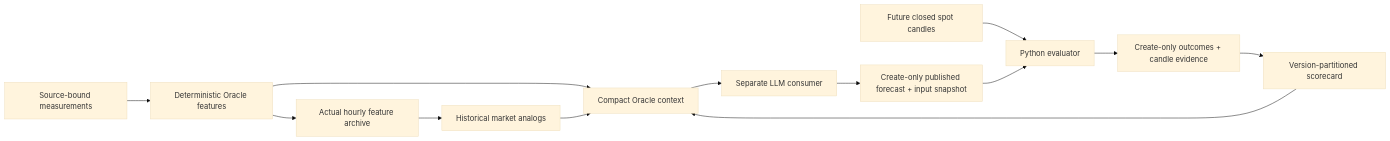
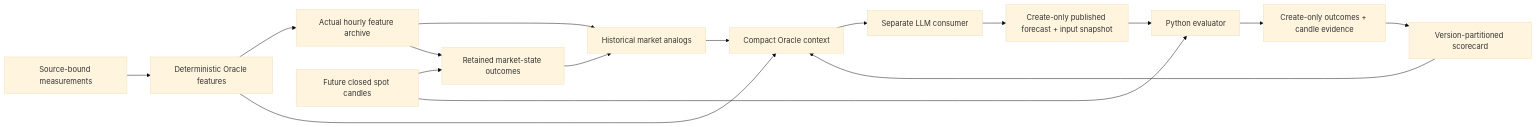
Before and after one commit to exolinodev/dot-market-monitor: the diagram in docs/ORACLE_V3.md, drawn with Mermaid (base theme). The commit also changed other lines of this file and 13 other files, not shown here.

Commit message:
fix: retain matured market-state outcomes across candle cache rolloff

````diff
--- a/docs/ORACLE_V3.md
+++ b/docs/ORACLE_V3.md
@@ -12,15 +12,18 @@
 ```mermaid
 flowchart LR
   M[Source-bound measurements] --> F[Deterministic Oracle features]
   F --> A[Actual hourly feature archive]
   A --> N[Historical market analogs]
+  A --> H[Retained market-state outcomes]
+  S --> H
+  H --> N
   F --> C[Compact Oracle context]
   N --> C
   C --> L[Separate LLM consumer]
   L --> P[Create-only published forecast + input snapshot]
   S[Future closed spot candles] --> E[Python evaluator]
   P --> E
   E --> O[Create-only outcomes + candle evidence]
   O --> K[Version-partitioned scorecard]
   K --> C
 ```
````
